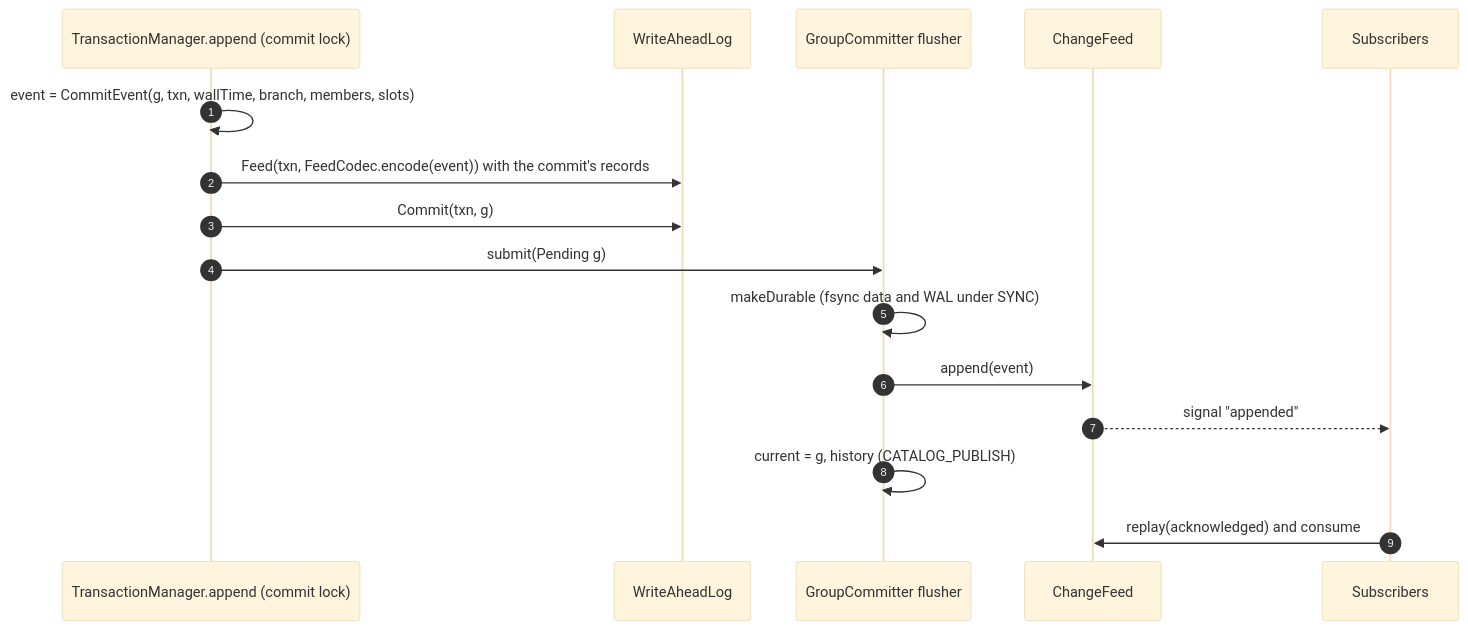
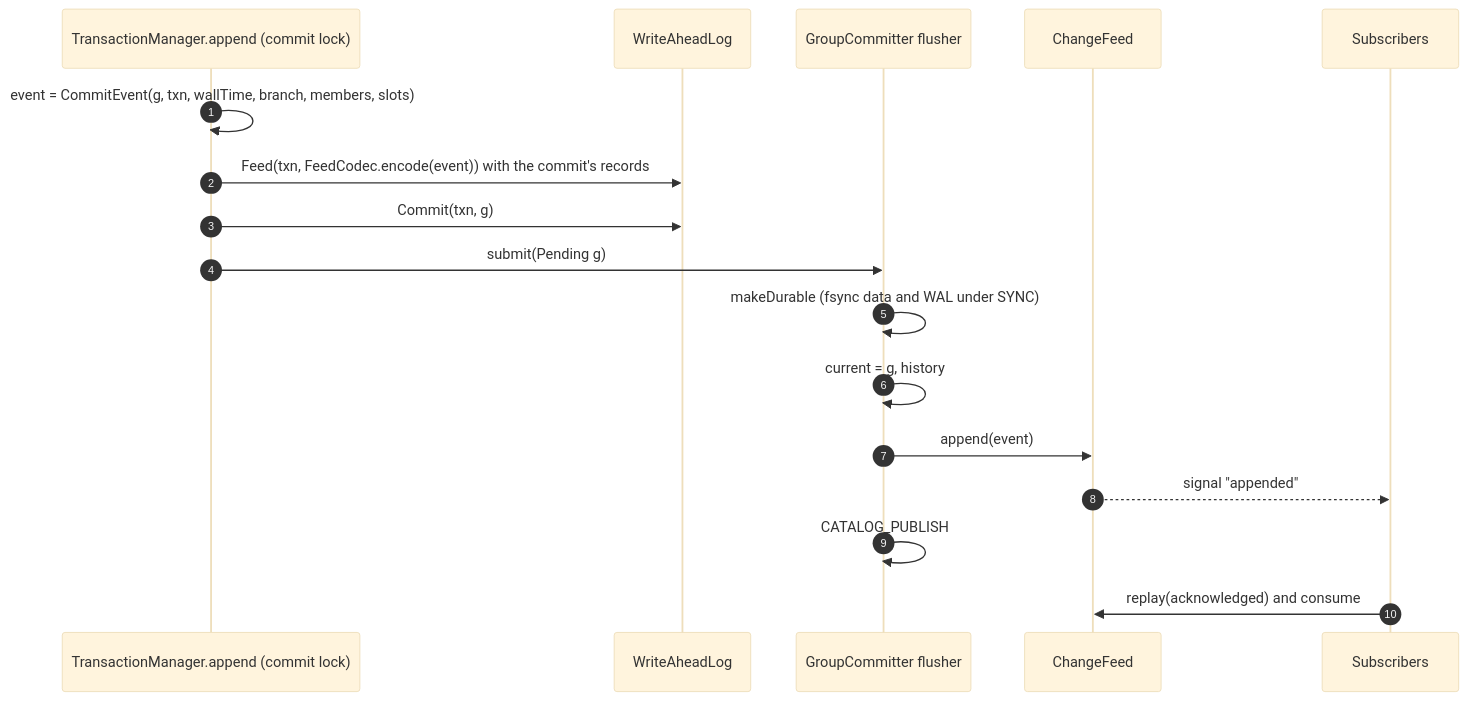
Before and after one commit to metacoglabs/hypergraph: the first of 3 diagrams in docs/storage/change-feed.md, drawn with Mermaid (base theme). The commit also changed other lines of this file and 1 other file, not shown here.

Commit message:
docs(storage): describe the publish-then-notify order of the feed

````diff
--- a/docs/storage/change-feed.md
+++ b/docs/storage/change-feed.md
@@ -33,18 +33,19 @@
 ```mermaid
 sequenceDiagram
     autonumber
     participant TM as TransactionManager.append (commit lock)
     participant WAL as WriteAheadLog
     participant G as GroupCommitter flusher
     participant CF as ChangeFeed
     participant S as Subscribers
     TM->>TM: event = CommitEvent(g, txn, wallTime, branch, members, slots)
     TM->>WAL: Feed(txn, FeedCodec.encode(event)) with the commit's records
     TM->>WAL: Commit(txn, g)
     TM->>G: submit(Pending g)
     G->>G: makeDurable (fsync data and WAL under SYNC)
+    G->>G: current = g, history
     G->>CF: append(event)
     CF-->>S: signal "appended"
-    G->>G: current = g, history (CATALOG_PUBLISH)
+    G->>G: CATALOG_PUBLISH
     S->>CF: replay(acknowledged) and consume
 ```
````
